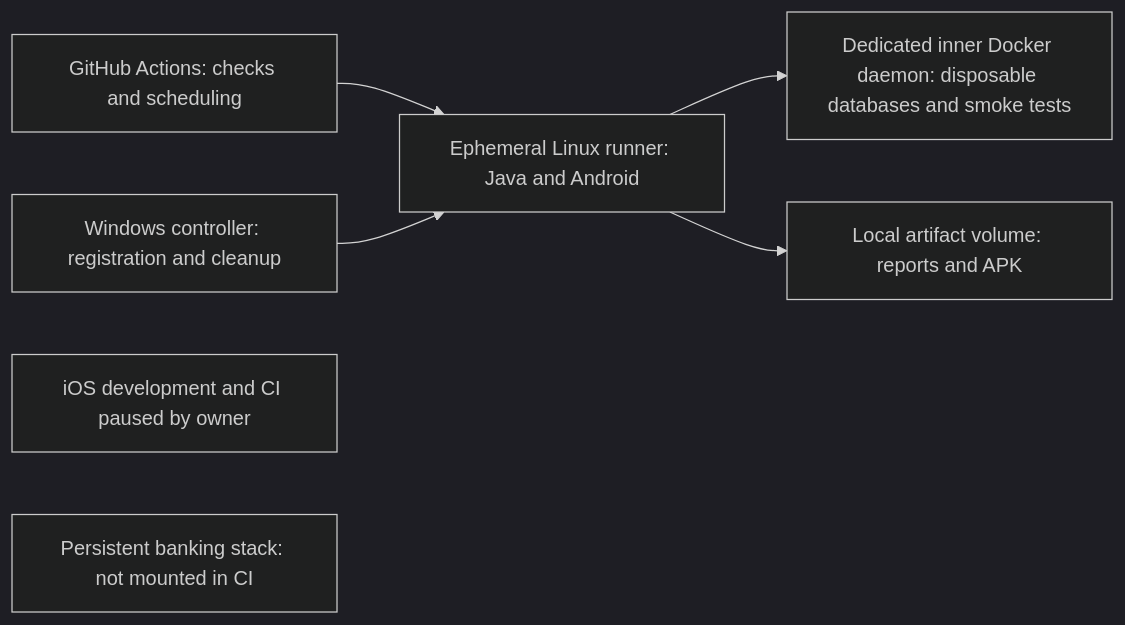
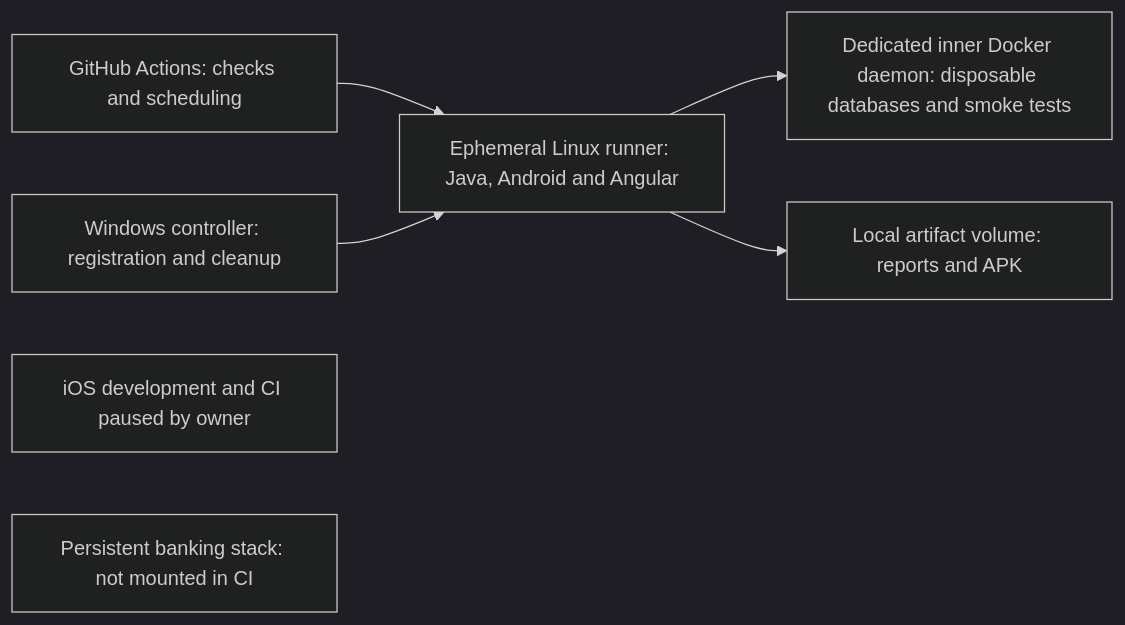
One commit to aarbabaev/ArMoney changed diagram 19 of 19 in ARCHITECTURE.md. Above: the diagram before and after it, drawn with Mermaid (dark theme). The commit also changed other lines of this file and 6 other files, not shown here.

````diff
--- a/ARCHITECTURE.md
+++ b/ARCHITECTURE.md
@@ -746,9 +747,9 @@
 ```mermaid
 flowchart LR
-    GH["GitHub Actions: checks and scheduling"] --> R["Ephemeral Linux runner: Java and Android"]
+    GH["GitHub Actions: checks and scheduling"] --> R["Ephemeral Linux runner: Java, Android and Angular"]
     H["Windows controller: registration and cleanup"] --> R
     R --> D["Dedicated inner Docker daemon: disposable databases and smoke tests"]
     R --> A["Local artifact volume: reports and APK"]
     M["iOS development and CI paused by owner"]
     P["Persistent banking stack: not mounted in CI"]
 ```
````
